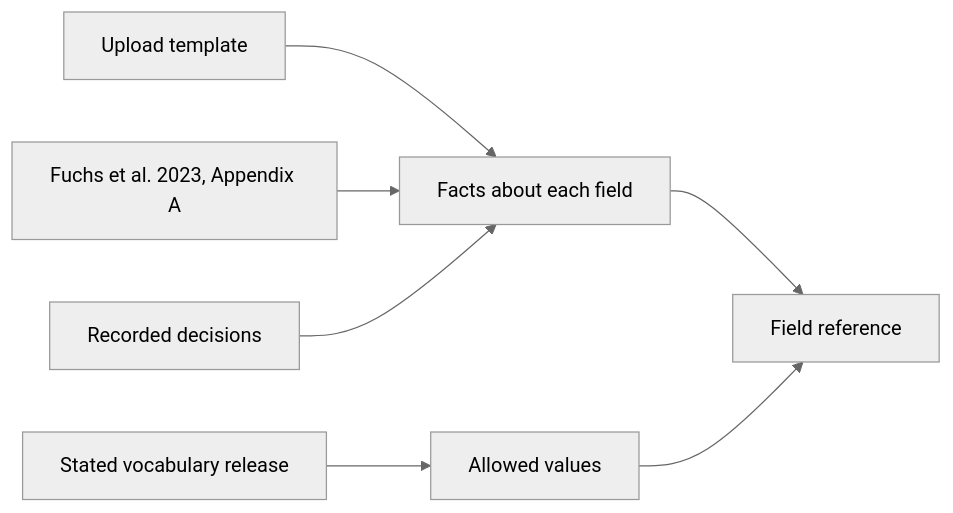
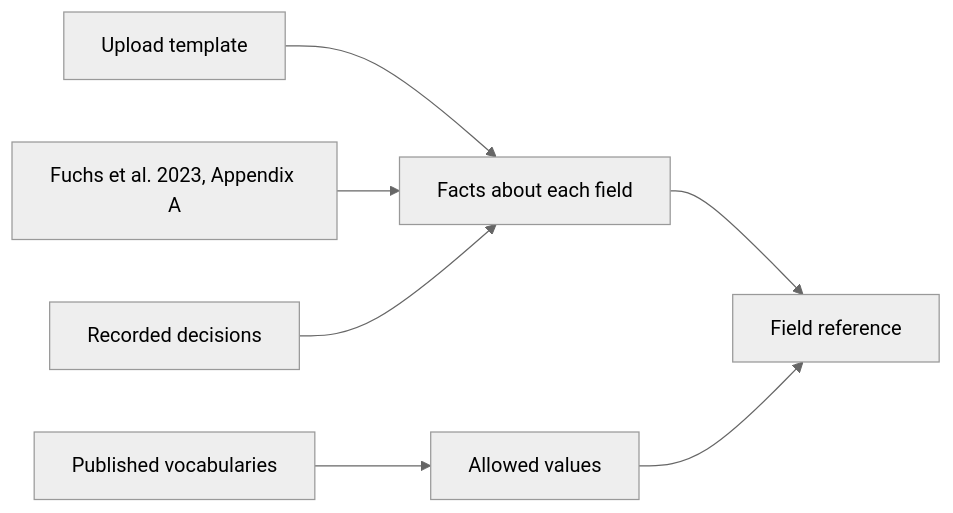
Before and after one commit to ihfc-iugg/ghfdb: the first of 2 diagrams in docs/reference/fields/index.md, drawn with Mermaid (neutral theme). The commit also changed other lines of this file and 43 other files, not shown here.

Commit message:
Read vocabulary terms from their permanent identifiers instead of a stated release

````diff
--- a/docs/reference/fields/index.md
+++ b/docs/reference/fields/index.md
@@ -42,9 +42,9 @@
 ```{mermaid}
 flowchart LR
     template[Upload template] --> facts[Facts about each field]
     appendix[Fuchs et al. 2023, Appendix A] --> facts
     decisions[Recorded decisions] --> facts
-    release[Stated vocabulary release] --> values[Allowed values]
+    vocabularies[Published vocabularies] --> values[Allowed values]
     facts --> reference[Field reference]
     values --> reference
 ```
````
